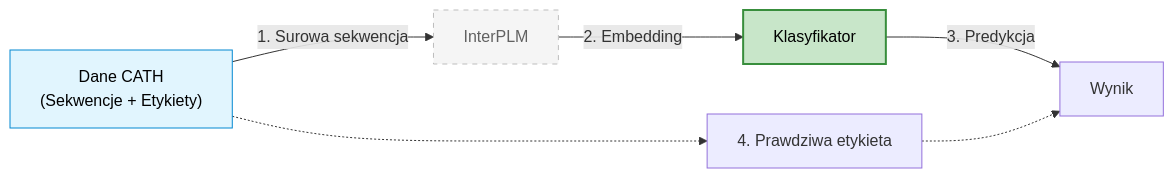
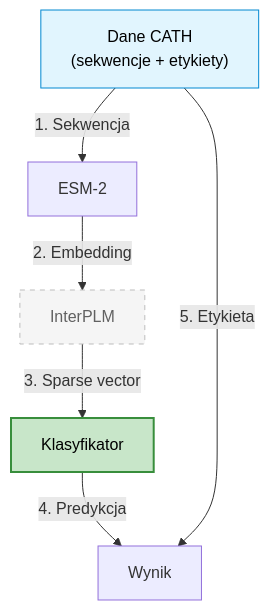
The first of 5 diagrams in diagram.md (DavidJones1102/ML_project), drawn with Mermaid before and after one commit. The commit also changed other lines of this file, not shown here.

Commit message:
draw diagrams

````diff
--- a/diagram.md
+++ b/diagram.md
@@ -1,24 +1,26 @@
 ```mermaid
-flowchart LR
+flowchart TD
     %% Węzły
-    CATH["Dane CATH<br/>(Sekwencje + Etykiety)"]
+    CATH["Dane CATH<br/>(sekwencje + etykiety)"]
+    ESM["ESM-2"]
     PLM["InterPLM<br/>"]
     CLF["Klasyfikator<br/>"]
     RESULT["Wynik"]
 
     %% Przepływ
-    CATH -- "1. Surowa sekwencja" --> PLM
-    PLM -- "2. Embedding" --> CLF
-    CLF -- "3. Predykcja" --> RESULT
-    CATH -.->ResultLabel["4. Prawdziwa etykieta"] -.-> RESULT
+    CATH -- "1. Sekwencja" --> ESM
+    ESM -- "2. Embedding" --> PLM
+    PLM -- "3. Sparse vector" --> CLF
+    CLF -- "4. Predykcja" --> RESULT
+    CATH -- "5. Etykieta" --> RESULT
 
     %% Stylizacja
     classDef data fill:#e1f5fe,stroke:#0288d1,color:black
     classDef frozen fill:#f5f5f5,stroke:#bdbdbd,stroke-dasharray: 5 5,color:#616161
     classDef trainable fill:#c8e6c9,stroke:#388e3c,stroke-width:2px,color:black
 
     %% Przypisanie klas
     class CATH data
     class PLM frozen
     class CLF trainable
 ```
````
